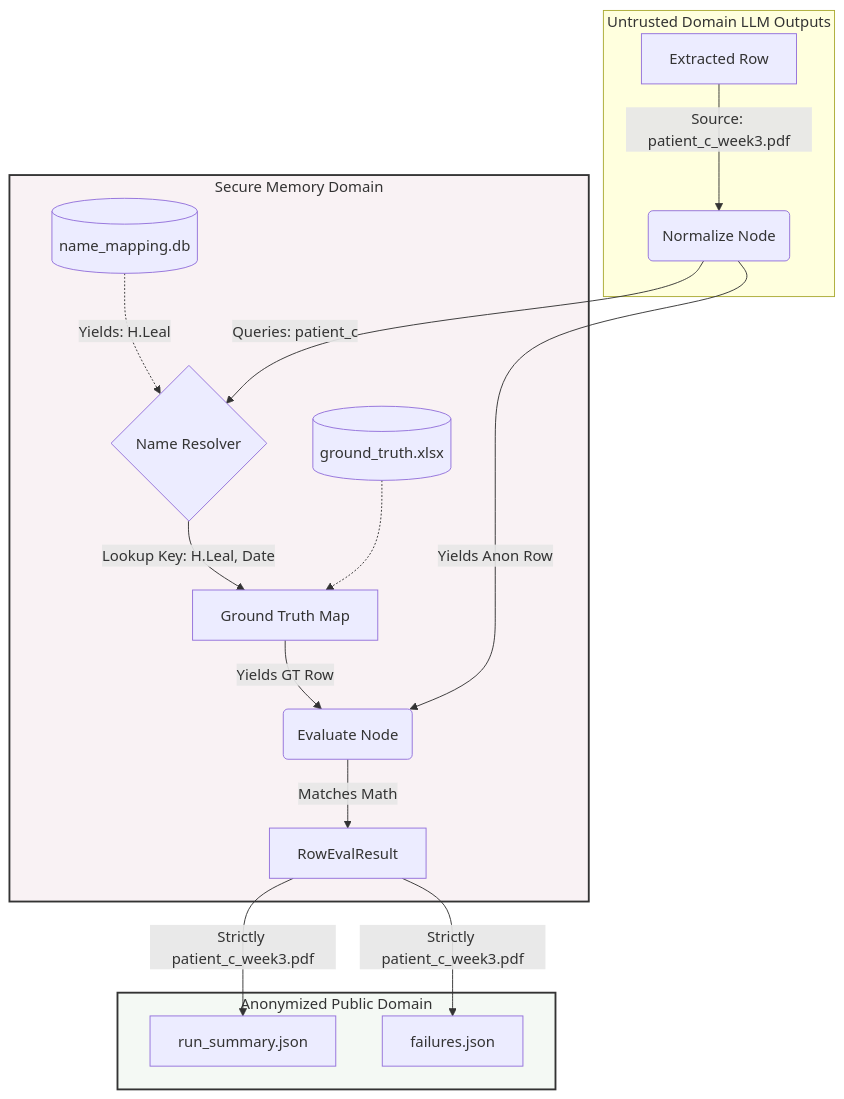
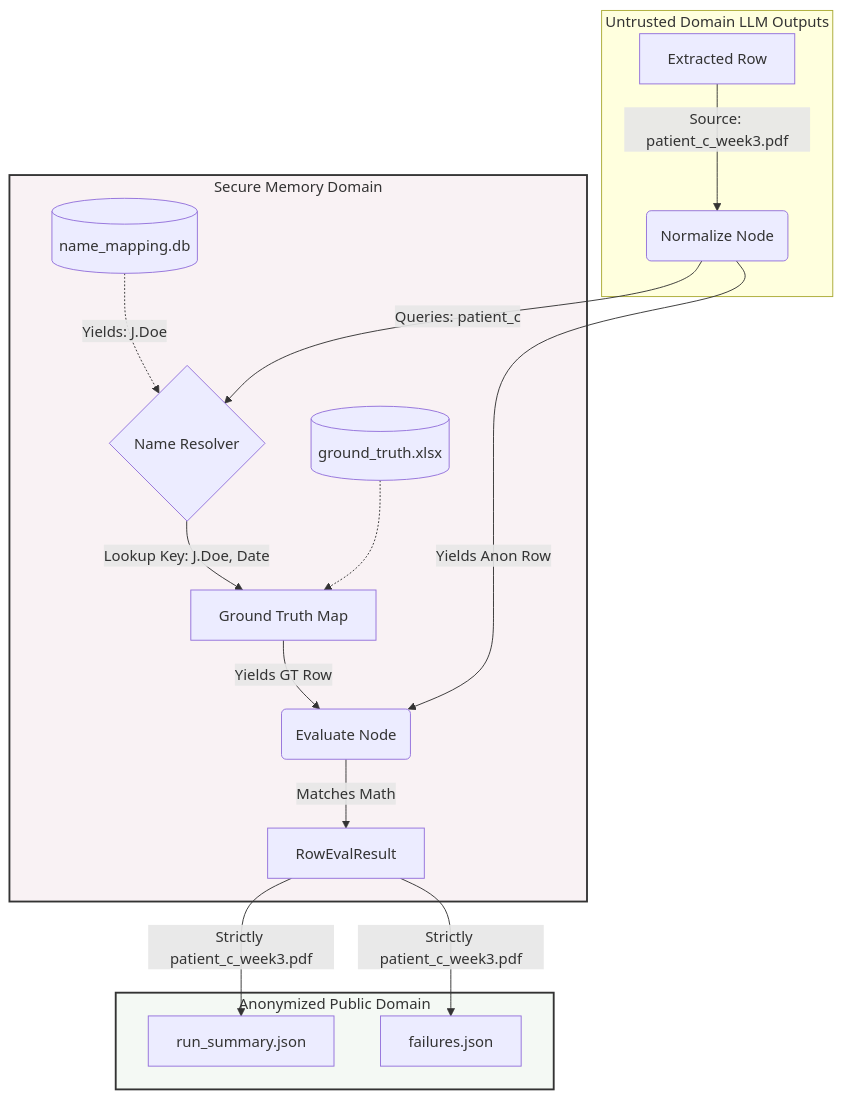
The second of 5 diagrams in workflows/ieee_diagrams.md (the-write-path-code/ch14-homecare-visit-triage-agent), drawn with Mermaid before and after one commit.

Commit message:
Update name mapping in IEEE diagrams

````diff
--- a/workflows/ieee_diagrams.md
+++ b/workflows/ieee_diagrams.md
@@ -39,26 +39,26 @@
 ```mermaid
 flowchart TD
     subgraph Input ["Untrusted Domain LLM Outputs"]
         A[Extracted Row] -->|Source: patient_c_week3.pdf| B(Normalize Node)
     end
     
     subgraph SecureEngine ["Secure Memory Domain"]
-        C[(name_mapping.db)] -.->|Yields: H.Leal| D{Name Resolver}
+        C[(name_mapping.db)] -.->|Yields: J.Doe| D{Name Resolver}
         B -->|Queries: patient_c| D
         
-        D -->|Lookup Key: H.Leal, Date| E[Ground Truth Map]
+        D -->|Lookup Key: J.Doe, Date| E[Ground Truth Map]
         F[(ground_truth.xlsx)] -.-> E
         
         E -->|Yields GT Row| G(Evaluate Node)
         B -->|Yields Anon Row| G
         G -->|Matches Math| H[RowEvalResult]
     end
     
     subgraph Output ["Anonymized Public Domain"]
         H -->|Strictly patient_c_week3.pdf| I[run_summary.json]
         H -->|Strictly patient_c_week3.pdf| J[failures.json]
     end
     
     style SecureEngine fill:#f9f2f4,stroke:#333,stroke-width:2px
     style Output fill:#f4f9f4,stroke:#333,stroke-width:2px
 ```
````
